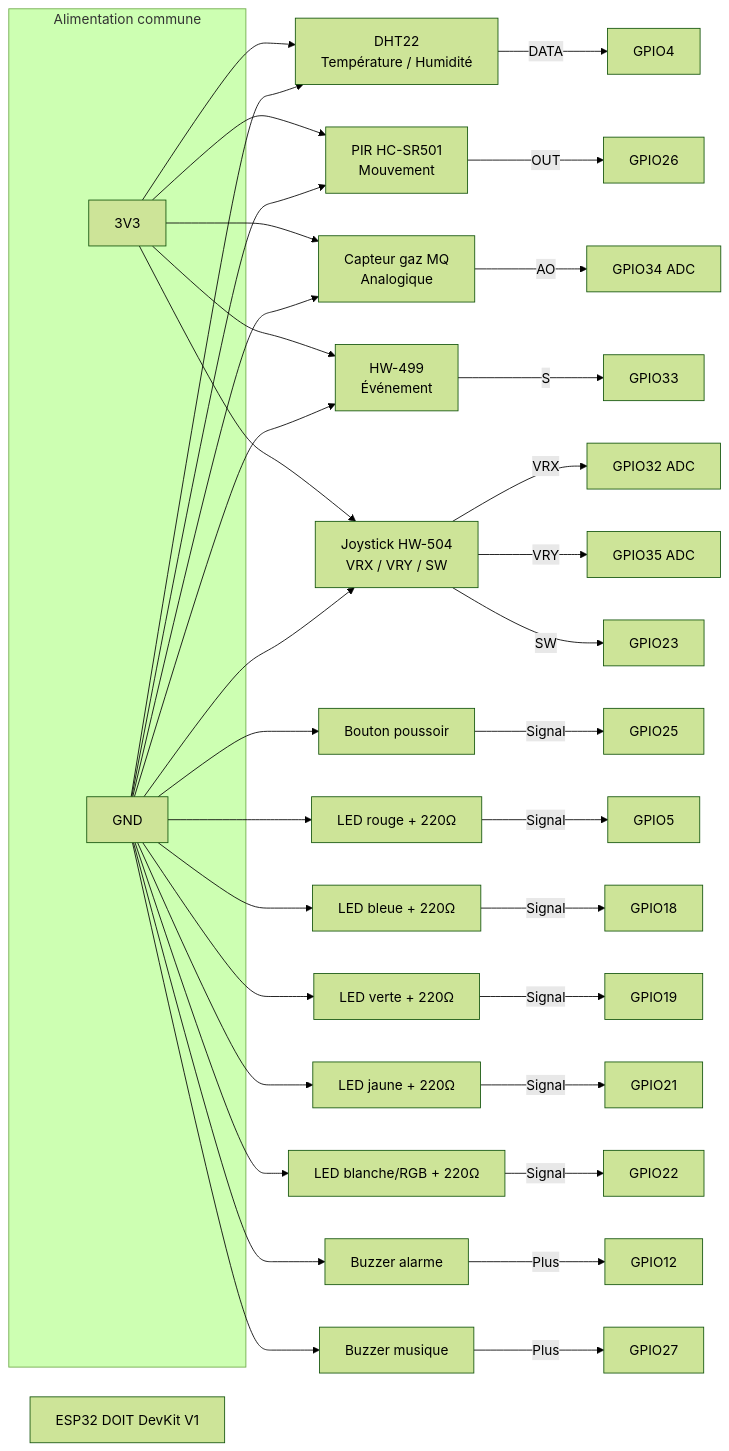
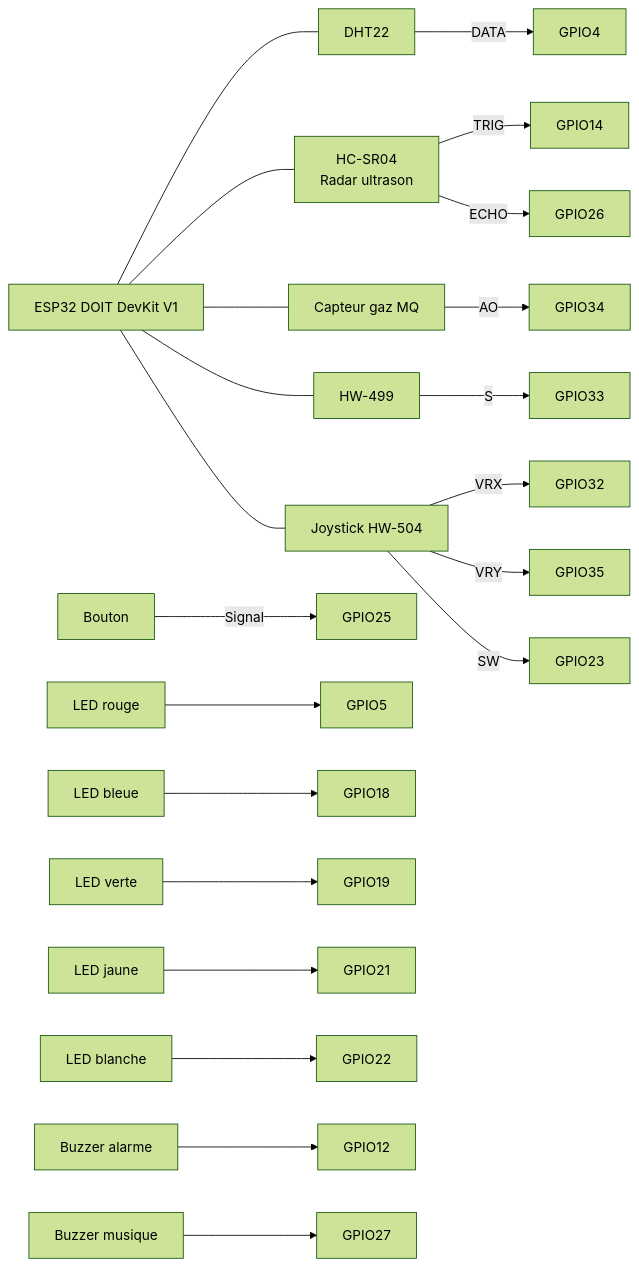
Before and after one commit to Wano38/ESP32-Station-IoT-Ultimate: the first of 3 diagrams in README_Station_IoT.md, drawn with Mermaid (forest theme). The commit also changed other lines of this file and 3 other files, not shown here.

````diff
--- a/README_Station_IoT.md
+++ b/README_Station_IoT.md
@@ -122,65 +178,45 @@
 ```mermaid
 flowchart LR
     ESP32["ESP32 DOIT DevKit V1"]
 
-    subgraph Alim["Alimentation commune"]
-        V3V["3V3"]
-        GND["GND"]
-    end
+    DHT["DHT22"]
+    HCSR["HC-SR04<br/>Radar ultrason"]
+    MQ["Capteur gaz MQ"]
+    HW["HW-499"]
+    JOY["Joystick HW-504"]
+    BTN["Bouton"]
 
-    DHT["DHT22<br/>Température / Humidité"]
-    PIR["PIR HC-SR501<br/>Mouvement"]
-    MQ["Capteur gaz MQ<br/>Analogique"]
-    HW499["HW-499<br/>Événement"]
-    JOY["Joystick HW-504<br/>VRX / VRY / SW"]
-    BTN["Bouton poussoir"]
+    LR["LED rouge"]
+    LB["LED bleue"]
+    LV["LED verte"]
+    LJ["LED jaune"]
+    LW["LED blanche"]
 
-    LEDR["LED rouge + 220Ω"]
-    LEDB["LED bleue + 220Ω"]
-    LEDG["LED verte + 220Ω"]
-    LEDY["LED jaune + 220Ω"]
-    LEDW["LED blanche/RGB + 220Ω"]
+    BZ1["Buzzer alarme"]
+    BZ2["Buzzer musique"]
 
-    BUZ1["Buzzer alarme"]
-    BUZ2["Buzzer musique"]
+    DHT -- DATA --> G4["GPIO4"]
+    HCSR -- TRIG --> G14["GPIO14"]
+    HCSR -- ECHO --> G26["GPIO26"]
+    MQ -- AO --> G34["GPIO34"]
+    HW -- S --> G33["GPIO33"]
+    JOY -- VRX --> G32["GPIO32"]
+    JOY -- VRY --> G35["GPIO35"]
+    JOY -- SW --> G23["GPIO23"]
+    BTN -- Signal --> G25["GPIO25"]
 
-    V3V --> DHT
-    V3V --> PIR
-    V3V --> MQ
-    V3V --> HW499
-    V3V --> JOY
+    LR --> G5["GPIO5"]
+    LB --> G18["GPIO18"]
+    LV --> G19["GPIO19"]
+    LJ --> G21["GPIO21"]
+    LW --> G22["GPIO22"]
 
-    GND --> DHT
-    GND --> PIR
-    GND --> MQ
-    GND --> HW499
-    GND --> JOY
-    GND --> BTN
-    GND --> LEDR
-    GND --> LEDB
-    GND --> LEDG
-    GND --> LEDY
-    GND --> LEDW
-    GND --> BUZ1
-    GND --> BUZ2
+    BZ1 --> G12["GPIO12"]
+    BZ2 --> G27["GPIO27"]
 
-    DHT -- DATA --> GPIO4["GPIO4"]
-    PIR -- OUT --> GPIO26["GPIO26"]
-    MQ -- AO --> GPIO34["GPIO34 ADC"]
-    HW499 -- S --> GPIO33["GPIO33"]
-
-    JOY -- VRX --> GPIO32["GPIO32 ADC"]
-    JOY -- VRY --> GPIO35["GPIO35 ADC"]
-    JOY -- SW --> GPIO23["GPIO23"]
-
-    BTN -- Signal --> GPIO25["GPIO25"]
-
-    LEDR -- Signal --> GPIO5["GPIO5"]
-    LEDB -- Signal --> GPIO18["GPIO18"]
-    LEDG -- Signal --> GPIO19["GPIO19"]
-    LEDY -- Signal --> GPIO21["GPIO21"]
-    LEDW -- Signal --> GPIO22["GPIO22"]
-
-    BUZ1 -- Plus --> GPIO12["GPIO12"]
-    BUZ2 -- Plus --> GPIO27["GPIO27"]
+    ESP32 --- DHT
+    ESP32 --- HCSR
+    ESP32 --- MQ
+    ESP32 --- HW
+    ESP32 --- JOY
 ```
````
